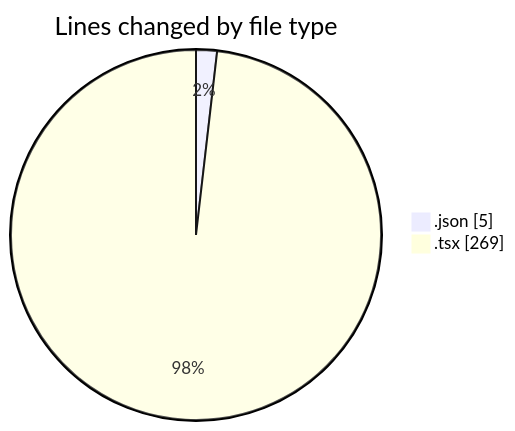
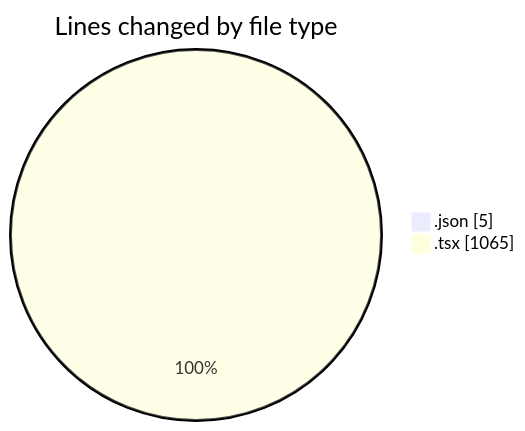
Before and after one commit to Elitesun/code-tracking: the first of 2 diagrams in 2025-04-26/product-page/README.md, drawn with Mermaid. The commit also changed other lines of this file and 1 other file, not shown here.

````diff
--- a/2025-04-26/product-page/README.md
+++ b/2025-04-26/product-page/README.md
@@ -24,6 +32,6 @@
 ```mermaid
 pie showData
 title Lines changed by file type
 ".json" : 5
-".tsx" : 269
+".tsx" : 1065
 ```
````
